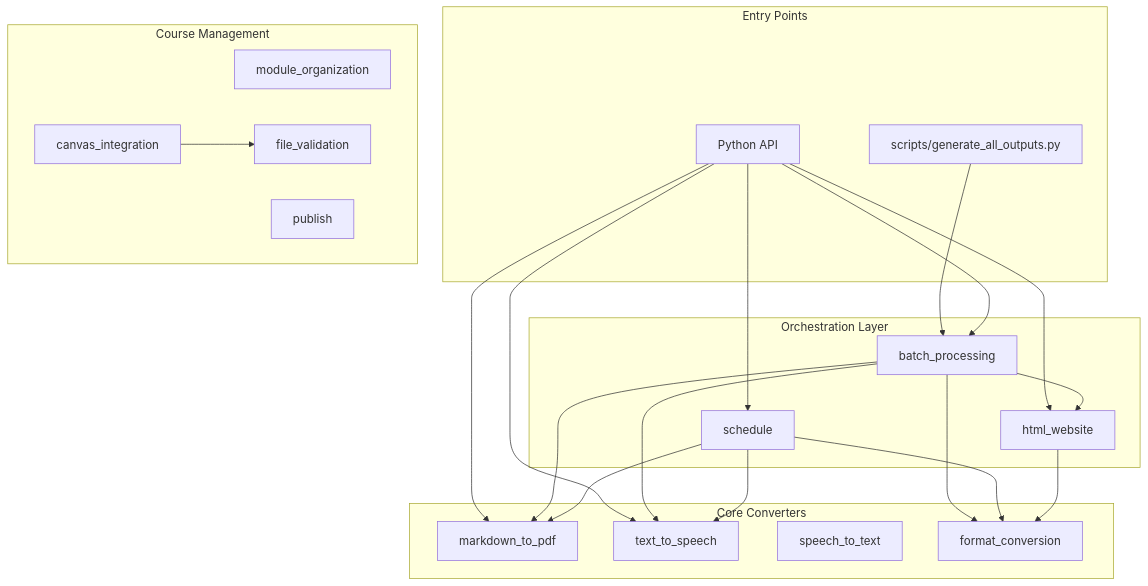
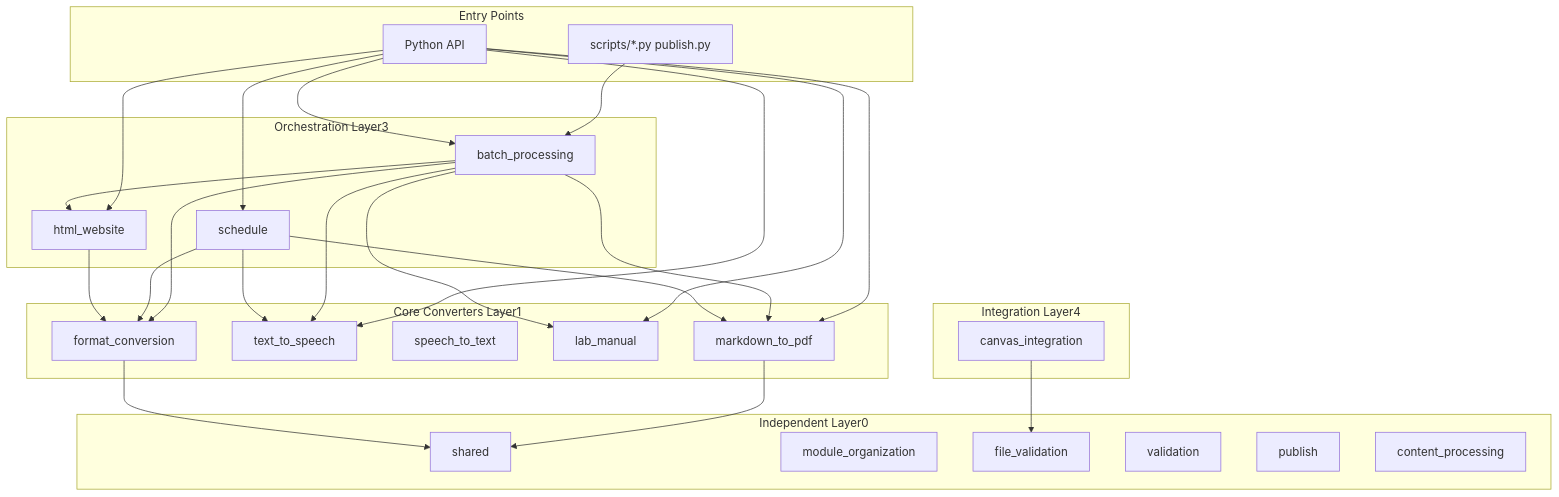
Before and after one commit to docxology/biol-1: the first of 4 diagrams in software/docs/ARCHITECTURE.md, drawn with Mermaid. The commit also changed other lines of this file and 169 other files, not shown here.

````diff
--- a/software/docs/ARCHITECTURE.md
+++ b/software/docs/ARCHITECTURE.md
@@ -66,47 +66,58 @@
 ```mermaid
 graph TB
     subgraph entryPoints[Entry Points]
-        CLI["scripts/generate_all_outputs.py"]
+        CLI["scripts/*.py publish.py"]
         PY["Python API"]
     end
 
-    subgraph coreConverters[Core Converters]
+    subgraph coreConverters[Core Converters Layer1]
         M2P["markdown_to_pdf"]
         TTS["text_to_speech"]
         STT["speech_to_text"]
+        LM["lab_manual"]
         FC["format_conversion"]
     end
 
-    subgraph orchestration[Orchestration Layer]
+    subgraph orchestration[Orchestration Layer3]
         BP["batch_processing"]
         HW["html_website"]
         SCH["schedule"]
     end
 
-    subgraph courseManagement[Course Management]
+    subgraph foundation[Independent Layer0]
+        SH["shared"]
         MO["module_organization"]
         FV["file_validation"]
+        VAL["validation"]
+        PUB["publish"]
+        CP["content_processing"]
+    end
+
+    subgraph integrationLayer[Integration Layer4]
         CI["canvas_integration"]
-        PUB["publish"]
     end
 
     CLI --> BP
     PY --> BP
     PY --> M2P
+    PY --> LM
     PY --> TTS
     PY --> SCH
     PY --> HW
-    
+
     BP --> M2P
     BP --> TTS
     BP --> FC
+    BP --> LM
     BP --> HW
-    
+
     SCH --> M2P
     SCH --> TTS
     SCH --> FC
-    
+
     HW --> FC
-    
+    M2P --> SH
+    FC --> SH
+
     CI --> FV
 ```
````
